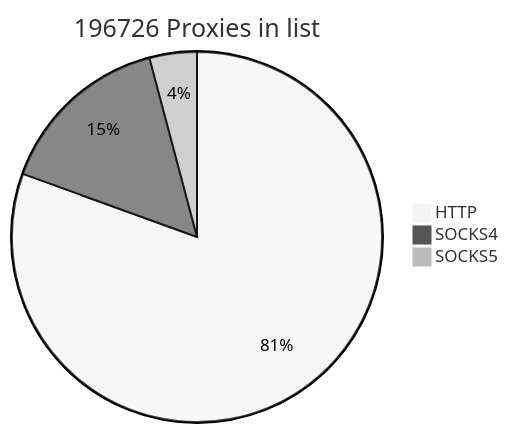
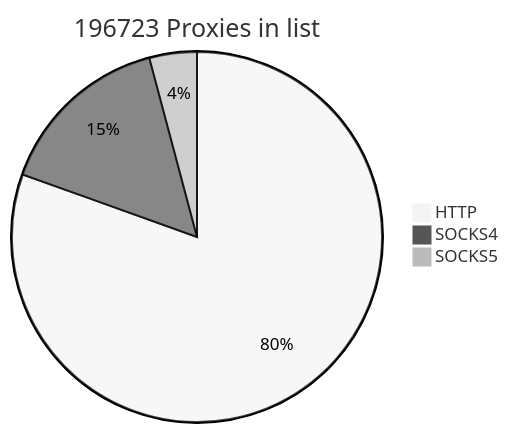
The first of 2 diagrams in README.md (cutipu/proxylist), drawn with Mermaid (neutral theme) before and after one commit. The commit also changed other lines of this file, not shown here.

````diff
--- a/README.md
+++ b/README.md
@@ -2,7 +2,7 @@
 ```mermaid
-pie title 196726 Proxies in list
-    "HTTP" : 158438
-    "SOCKS4" : 30158
-    "SOCKS5" : 8130
+pie title 196723 Proxies in list
+    "HTTP" : 158319
+    "SOCKS4" : 30256
+    "SOCKS5" : 8148
             
 ```
````
